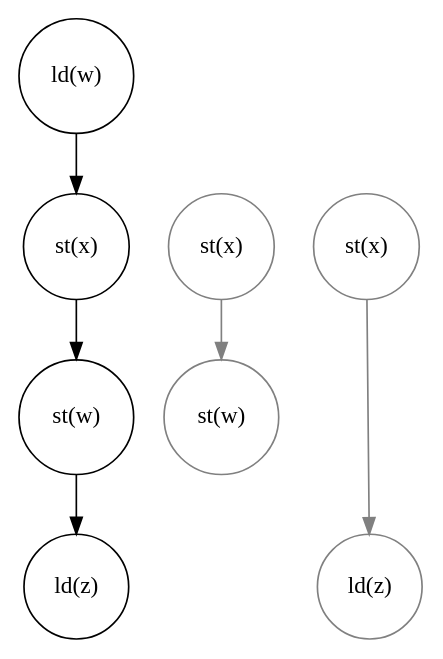
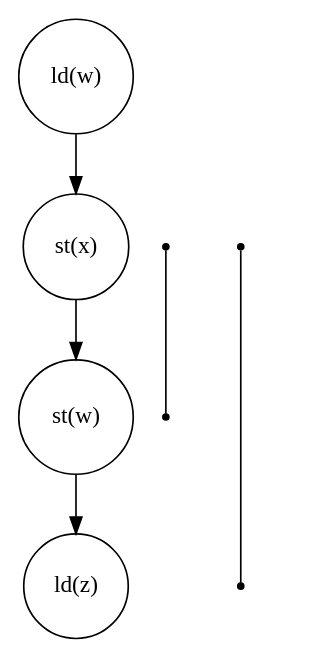
Before and after one commit to johnbender/oopsla-2015-presentation: the fifth of 10 diagrams in presentation.org, drawn with Graphviz. The commit also changed other lines of this file and 11 other files, not shown here.

Commit message:
alter the algorithm graphs per feedback

```diff
--- a/presentation.org
+++ b/presentation.org
@@ -966,34 +937,35 @@
    #+BEGIN_SRC dot :file assets/images/full-graph-elim-after.png :exports results
 digraph a {
  splines=line
  node [shape = circle];
  1 [label="ld(w)"]
  2 [label="st(x)"]
  3 [label="st(w)"]
  4 [label="ld(z)"]
 
  1 -> 2
  2 -> 3
  3 -> 4
 
- node[shape=circle]
+ node[shape=point]
+ 9 [color="black"]
+ 10 [ color="black"]
 
- 9 [label="st(x)", color="gray"]
- 10 [label="st(w)", color="gray"]
-
- 6 [label="st(x)", color="gray"]
- 8 [label="ld(z)", color="gray"]
+ 6 [color="black"]
+ 8 [ color="black"]
 
  node[shape=point style=invis]
  splines=line
+ 5 -> m [style=invis]
+ m -> 7 [style=invis]
  n -> 6 [style=invis]
  6 -> o [style=invis]
  o -> 8 [style=invis]
  p -> 9 [style=invis]
 
 
- 9 -> 10 [color="gray"]
+ 9 -> 10 [color="black"  arrowhead=none]
 
- 6 -> 8 [color="gray"]
+ 6 -> 8 [color="black"  arrowhead=none] node[shape=circle]
 }
    #+END_SRC
```
